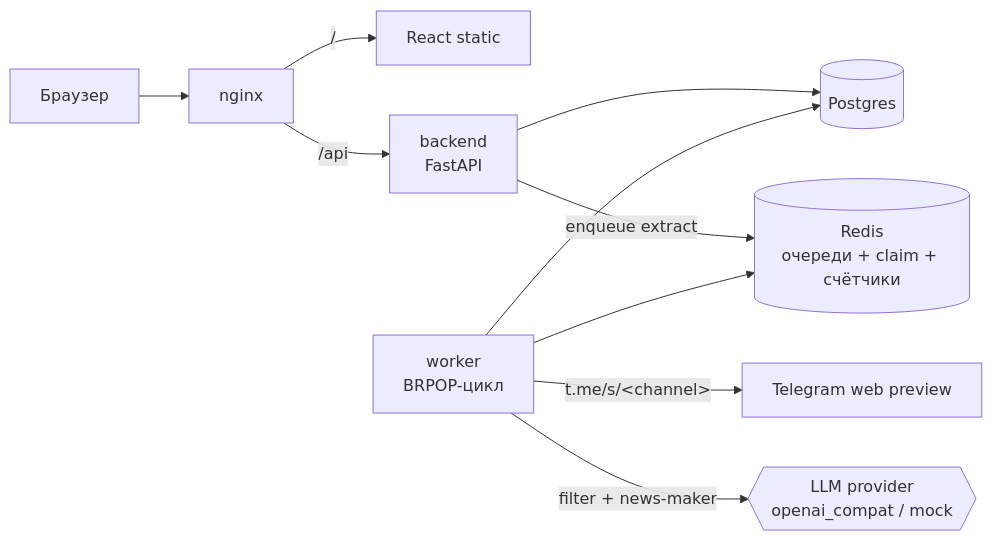
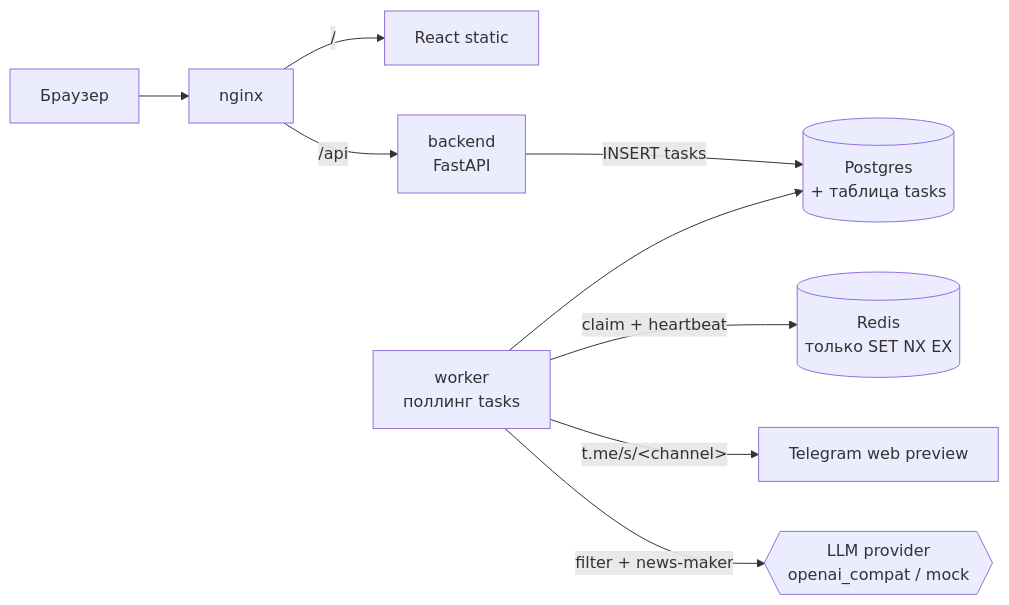
One commit to larisa-team/ai_product_hack changed the first of 3 diagrams in docs/SYSTEM_DESIGN_LIGHT.md. Above: the diagram before and after it, drawn with Mermaid. The commit also changed other lines of this file and 48 other files, not shown here.

````diff
--- a/docs/SYSTEM_DESIGN_LIGHT.md
+++ b/docs/SYSTEM_DESIGN_LIGHT.md
@@ -42,12 +46,11 @@
 ```mermaid
 flowchart LR
     U[Браузер] --> NGINX[nginx]
     NGINX -->|/| REACT[React static]
     NGINX -->|/api| BE[backend<br/>FastAPI]
-    BE --> PG[(Postgres)]
-    BE -->|enqueue extract| RD[(Redis<br/>очереди + claim + счётчики)]
-    W[worker<br/>BRPOP-цикл] --> RD
-    W --> PG
+    BE -->|INSERT tasks| PG[(Postgres<br/>+ таблица tasks)]
+    W[worker<br/>поллинг tasks] --> PG
+    W -->|claim + heartbeat| RD[(Redis<br/>только SET NX EX)]
     W -->|t.me/s/&lt;channel&gt;| TG[Telegram web preview]
     W -->|filter + news-maker| LLM{{LLM provider<br/>openai_compat / mock}}
 ```
````
